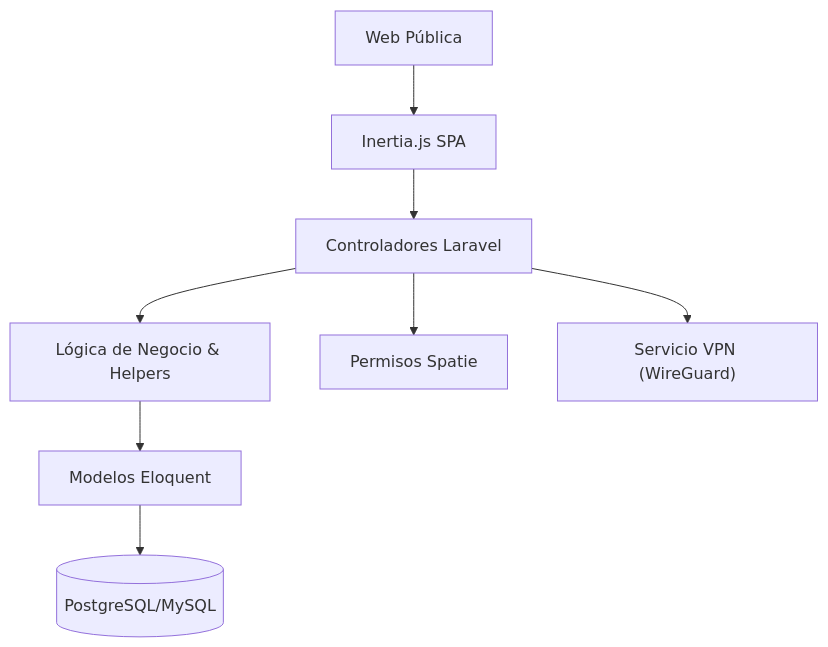
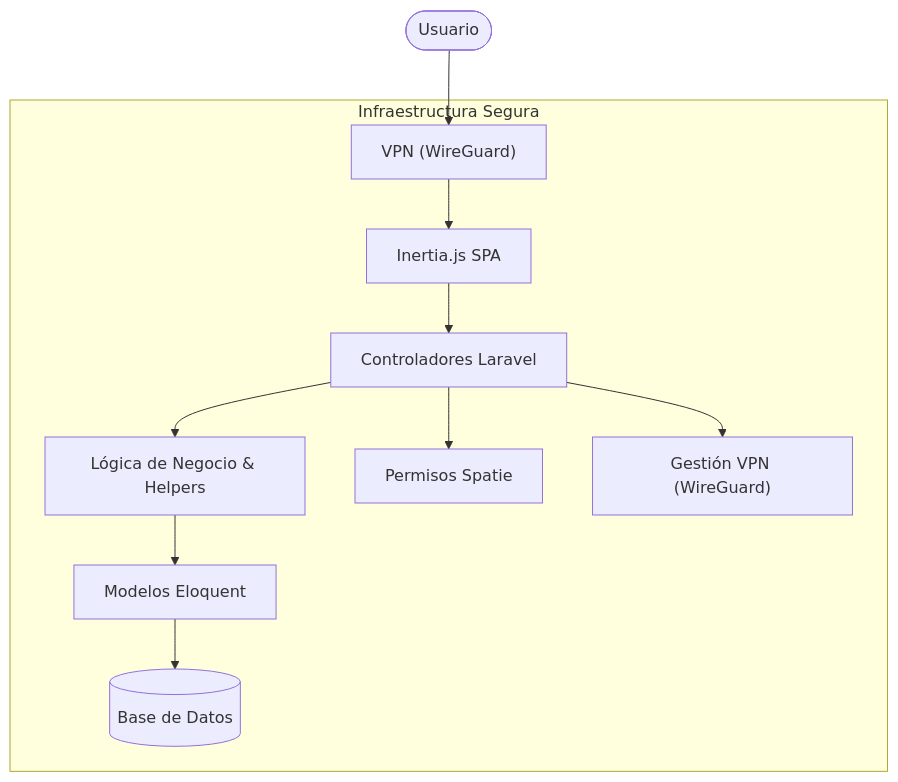
One commit to francishift/Labs-Backend-FrancisV changed the first of 2 diagrams in README.md. Above: the diagram before and after it, drawn with Mermaid. The commit also changed other lines of this file, not shown here.

Commit message:
Update architecture diagram to reflect VPN requirement

````diff
--- a/README.md
+++ b/README.md
@@ -49,10 +49,13 @@
 ```mermaid
 graph TD
-    A[Web Pública] --> B[Inertia.js SPA]
+    User([Usuario]) --> VPN["VPN (WireGuard)"]
+    subgraph "Infraestructura Segura"
+    VPN --> B[Inertia.js SPA]
     B --> C[Controladores Laravel]
     C --> D[Lógica de Negocio & Helpers]
     D --> E[Modelos Eloquent]
-    E --> F[(PostgreSQL/MySQL)]
+    E --> F[(Base de Datos)]
     C --> G[Permisos Spatie]
-    C --> H["Servicio VPN (WireGuard)"]
+    C --> H["Gestión VPN (WireGuard)"]
+    end
 ```
````
